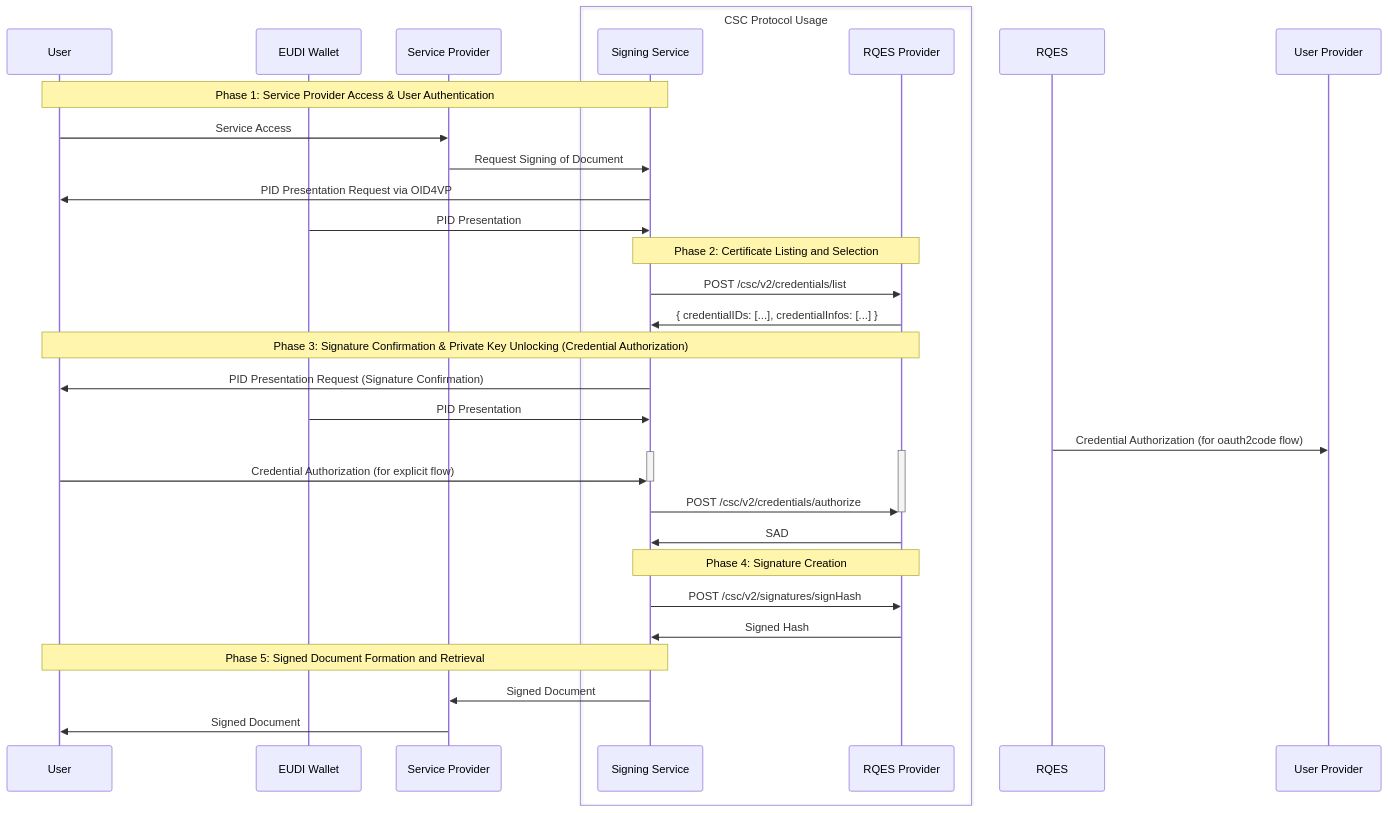
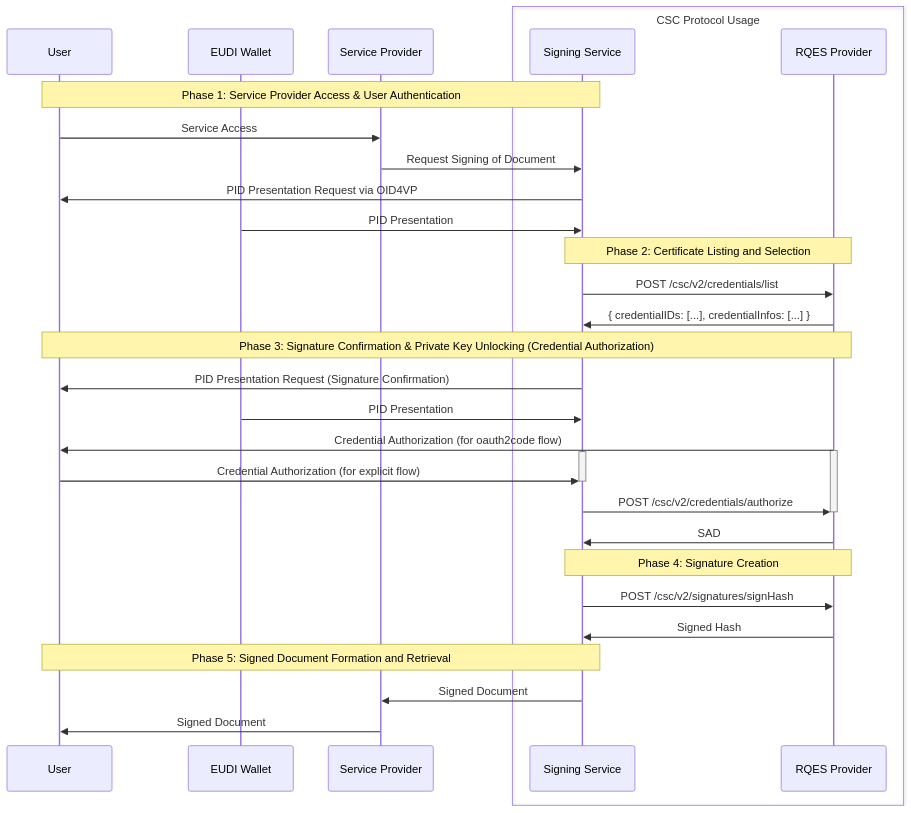
Before and after one commit to EWC-consortium/eudi-wallet-rfcs: the first of 7 diagrams in ewc-rfc010-long-term-certifice-qes-creation.md, drawn with Mermaid.

Commit message:
Update ewc-rfc010-long-term-certifice-qes-creation.md
Fixed typo

````diff
--- a/ewc-rfc010-long-term-certifice-qes-creation.md
+++ b/ewc-rfc010-long-term-certifice-qes-creation.md
@@ -84,44 +84,44 @@
 ```mermaid
    sequenceDiagram
     participant User
     participant EUDI Wallet
     participant Service Provider
     box CSC Protocol Usage
     participant Signing Service
     participant RQES Provider
     end
 
     Note over User, Signing Service: Phase 1: Service Provider Access & User Authentication
     User->>Service Provider: Service Access
     Service Provider->>Signing Service: Request Signing of Document
     Signing Service->>User: PID Presentation Request via OID4VP
     EUDI Wallet->>Signing Service: PID Presentation
 
     Note over Signing Service, RQES Provider: Phase 2: Certificate Listing and Selection
     Signing Service->>RQES Provider: POST /csc/v2/credentials/list
     RQES Provider->>Signing Service: { credentialIDs: [...], credentialInfos: [...] }
 
     Note over User, RQES Provider: Phase 3: Signature Confirmation & Private Key Unlocking (Credential Authorization)
     Signing Service->>User: PID Presentation Request (Signature Confirmation)
     EUDI Wallet->>Signing Service: PID Presentation
 
     
-    RQES->>User Provider: Credential Authorization (for oauth2code flow)
+    RQES Provider->>User: Credential Authorization (for oauth2code flow)
     activate RQES Provider
     activate Signing Service
     User->>Signing Service: Credential Authorization (for explicit flow)
     deactivate Signing Service
     
 
     Signing Service->>RQES Provider: POST /csc/v2/credentials/authorize
     deactivate RQES Provider
     RQES Provider->>Signing Service: SAD
 
     Note over Signing Service, RQES Provider: Phase 4: Signature Creation
     Signing Service->>RQES Provider: POST /csc/v2/signatures/signHash
     RQES Provider->>Signing Service: Signed Hash
 
     Note over User, Signing Service: Phase 5: Signed Document Formation and Retrieval
     Signing Service->>Service Provider: Signed Document
     Service Provider->>User: Signed Document
 ```
````
